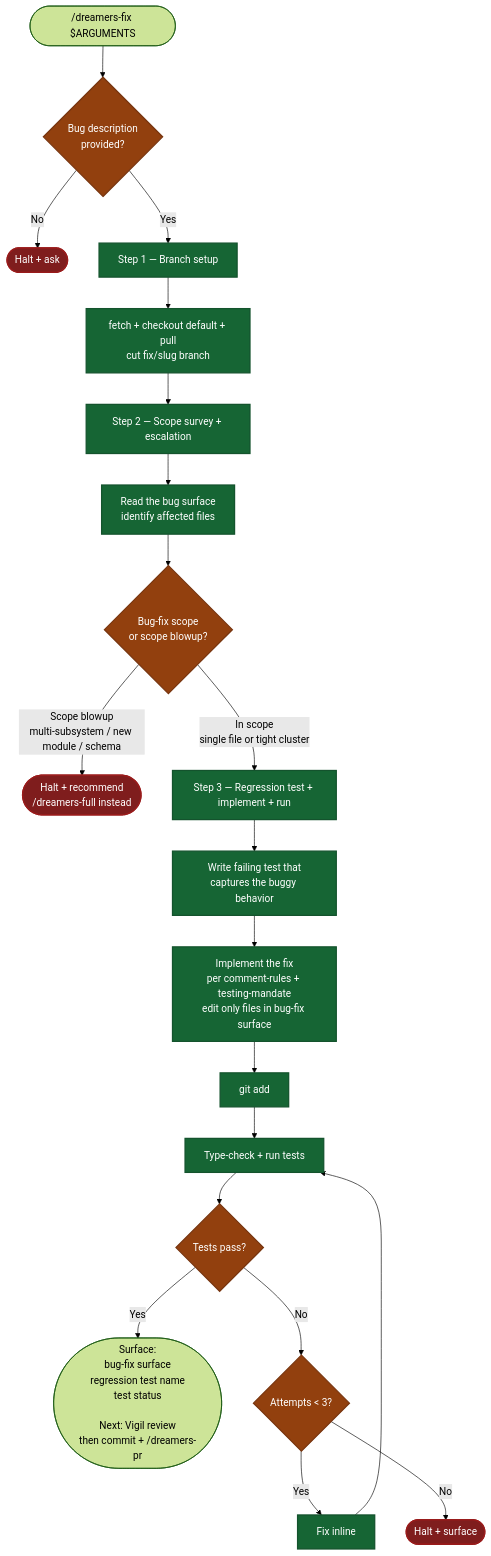
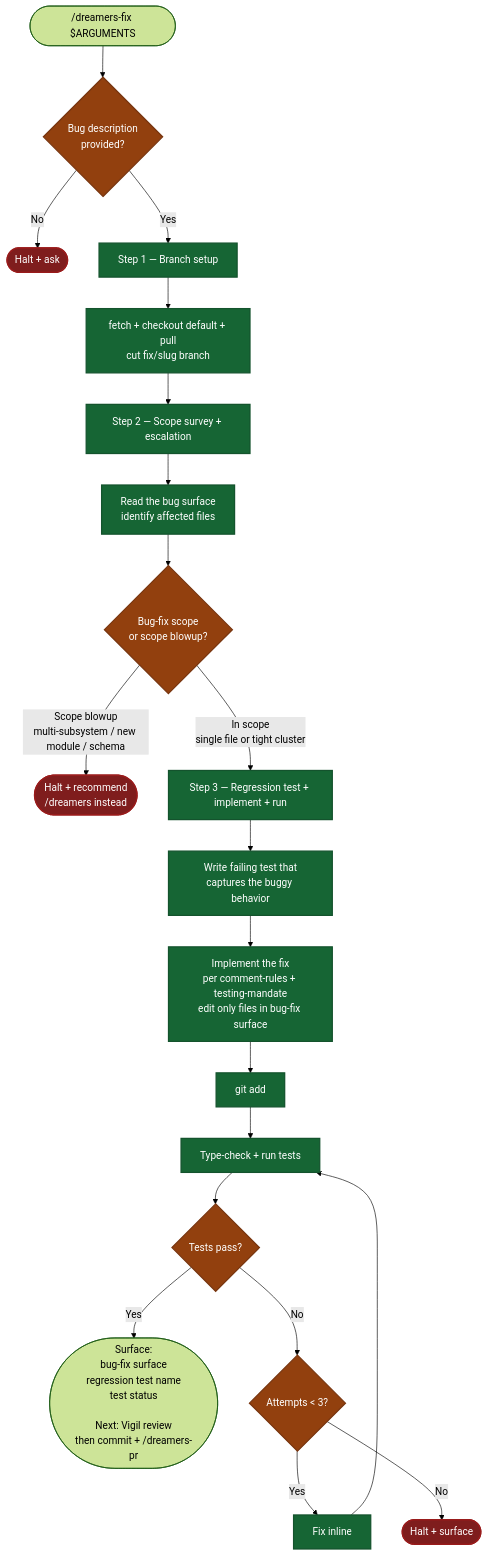
One commit to mrStorrs/dreamers-copilot changed the diagram in .github/skills/dreamers-fix/readme.md. Above: the diagram before and after it, drawn with Mermaid (forest theme). The commit also changed other lines of this file and 44 other files, not shown here.

````diff
--- a/.github/skills/dreamers-fix/readme.md
+++ b/.github/skills/dreamers-fix/readme.md
@@ -5,33 +5,33 @@
 ```mermaid
 flowchart TD
     Start(["/dreamers-fix $ARGUMENTS"]) --> ArgCheck{"Bug description<br/>provided?"}
     ArgCheck -->|No| HaltA(["Halt + ask"])
     ArgCheck -->|Yes| S1
 
     S1["Step 1 — Branch setup"] --> Branch["fetch + checkout default + pull<br/>cut fix/slug branch"]
     Branch --> S2
 
     S2["Step 2 — Scope survey + escalation"] --> Survey["Read the bug surface<br/>identify affected files"]
     Survey --> ScopeCheck{"Bug-fix scope<br/>or scope blowup?"}
-    ScopeCheck -->|"Scope blowup<br/>multi-subsystem / new module / schema"| HaltB(["Halt + recommend<br/>/dreamers-full instead"])
+    ScopeCheck -->|"Scope blowup<br/>multi-subsystem / new module / schema"| HaltB(["Halt + recommend<br/>/dreamers instead"])
     ScopeCheck -->|"In scope<br/>single file or tight cluster"| S3
 
     S3["Step 3 — Regression test + implement + run"] --> WriteTest["Write failing test that<br/>captures the buggy behavior"]
     WriteTest --> Implement["Implement the fix<br/>per comment-rules + testing-mandate<br/>edit only files in bug-fix surface"]
     Implement --> Stage["git add"]
     Stage --> RunTests["Type-check + run tests"]
     RunTests --> TestResult{"Tests pass?"}
     TestResult -->|Yes| End(["Surface:<br/>bug-fix surface<br/>regression test name<br/>test status<br/><br/>Next: Vigil review<br/>then commit + /dreamers-pr"])
     TestResult -->|No| AttemptCheck{"Attempts < 3?"}
     AttemptCheck -->|Yes| FixInline["Fix inline"]
     FixInline --> RunTests
     AttemptCheck -->|No| HaltC(["Halt + surface"])
 
     classDef gate fill:#92400e,stroke:#78350f,stroke-width:2px,color:#fff
     classDef halt fill:#7f1d1d,stroke:#991b1b,stroke-width:2px,color:#fff
     classDef phase fill:#166534,stroke:#14532d,stroke-width:2px,color:#fff
 
     class ArgCheck,ScopeCheck,TestResult,AttemptCheck gate
     class HaltA,HaltB,HaltC halt
     class S1,S2,S3,Branch,Survey,WriteTest,Implement,Stage,RunTests,FixInline phase
 ```
````
